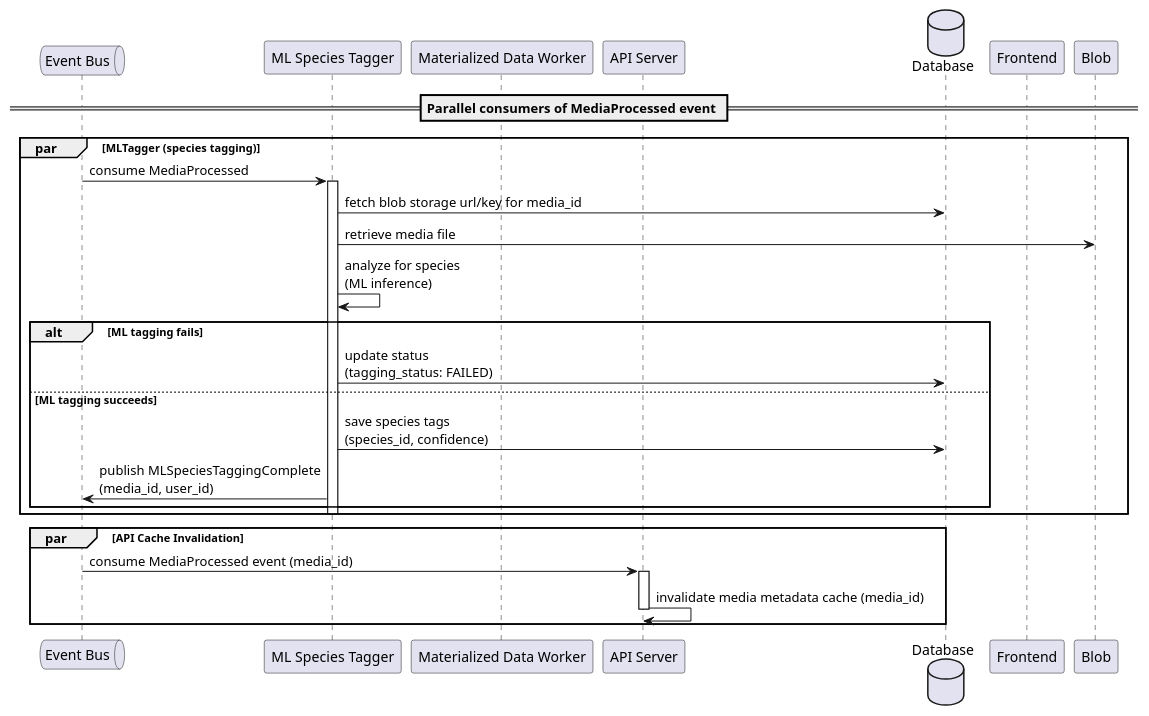
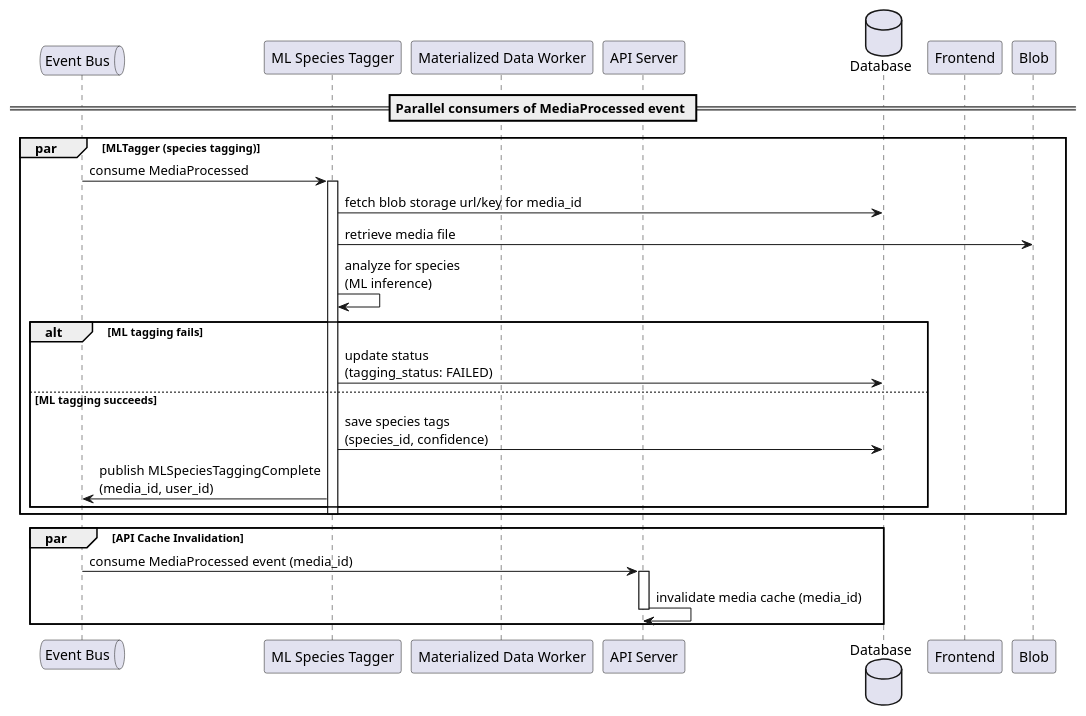
Before and after one commit to MikeF0007/reef-connect: the diagram in designs/sequences/media/media_upload/media_processed_event_consumers_sequence.puml, drawn with PlantUML. The commit also changed 19 other files, not shown here.

```diff
--- a/designs/sequences/media/media_upload/media_processed_event_consumers_sequence.puml
+++ b/designs/sequences/media/media_upload/media_processed_event_consumers_sequence.puml
@@ -1,31 +1,31 @@
 @startuml MediaProcessed Event Consumers Sequence
 queue "Event Bus" as Events
 participant "ML Species Tagger" as MLTagger
 participant "Materialized Data Worker" as MaterializedDataWorker
 participant "API Server" as API
 database "Database" as DB
 participant Frontend
 
 == Parallel consumers of MediaProcessed event ==
 par MLTagger (species tagging)
     Events -> MLTagger: consume MediaProcessed
     activate MLTagger
     MLTagger -> DB: fetch blob storage url/key for media_id
     MLTagger -> Blob: retrieve media file
     MLTagger -> MLTagger: analyze for species\n(ML inference)
     alt ML tagging fails
         MLTagger -> DB: update status\n(tagging_status: FAILED)
     else ML tagging succeeds
         MLTagger -> DB: save species tags\n(species_id, confidence)
         MLTagger -> Events: publish MLSpeciesTaggingComplete\n(media_id, user_id)
     end
     deactivate MLTagger
 end par
 
 par API Cache Invalidation
     Events -> API: consume MediaProcessed event (media_id)
     activate API
-    API -> API: invalidate media metadata cache (media_id)
+    API -> API: invalidate media cache (media_id)
     deactivate API
 end par
 @enduml
```
